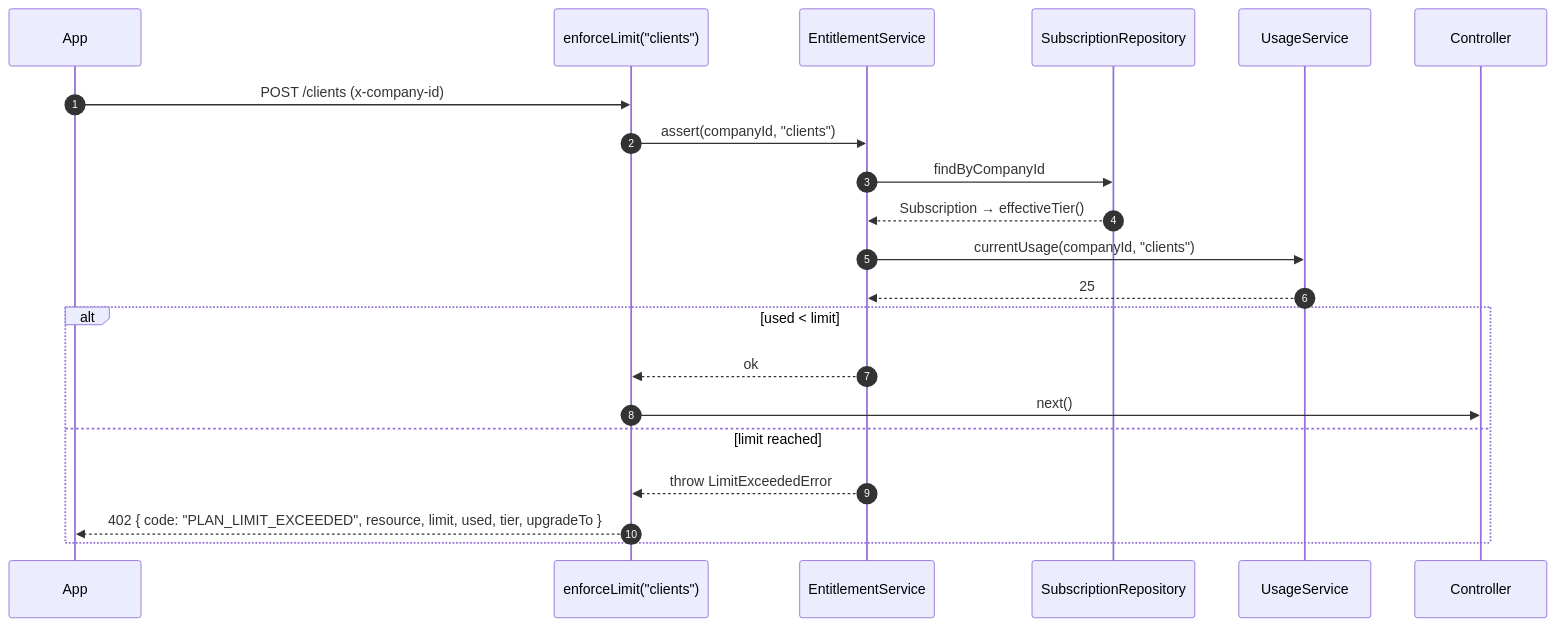
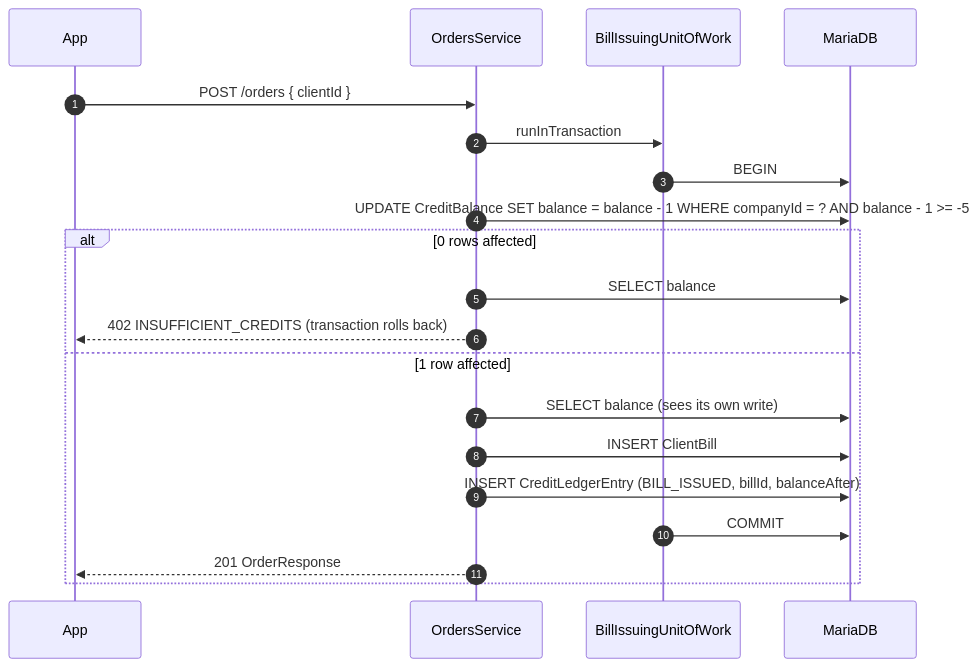
The first of 2 diagrams in docs/billing.md (Santaval/delivo-api), drawn with Mermaid before and after one commit. The commit also changed other lines of this file and 34 other files, not shown here.

First line of the commit message:
refactor(billing): remove subscription and plan-limit code, rewrite billing docs for credits

````diff
--- a/docs/billing.md
+++ b/docs/billing.md
@@ -46,24 +48,23 @@
 ```mermaid
 sequenceDiagram
     autonumber
     participant App
-    participant EL as enforceLimit("clients")
-    participant ES as EntitlementService
-    participant SR as SubscriptionRepository
-    participant US as UsageService
-    participant H as Controller
+    participant O as OrdersService
+    participant U as BillIssuingUnitOfWork
+    participant DB as MariaDB
 
-    App->>EL: POST /clients (x-company-id)
-    EL->>ES: assert(companyId, "clients")
-    ES->>SR: findByCompanyId
-    SR-->>ES: Subscription → effectiveTier()
-    ES->>US: currentUsage(companyId, "clients")
-    US-->>ES: 25
-    alt used < limit
-      ES-->>EL: ok
-      EL->>H: next()
-    else limit reached
-      ES-->>EL: throw LimitExceededError
-      EL-->>App: 402 { code: "PLAN_LIMIT_EXCEEDED", resource, limit, used, tier, upgradeTo }
+    App->>O: POST /orders { clientId }
+    O->>U: runInTransaction
+    U->>DB: BEGIN
+    O->>DB: UPDATE CreditBalance SET balance = balance - 1 WHERE companyId = ? AND balance - 1 >= -5
+    alt 0 rows affected
+      O->>DB: SELECT balance
+      O-->>App: 402 INSUFFICIENT_CREDITS (transaction rolls back)
+    else 1 row affected
+      O->>DB: SELECT balance (sees its own write)
+      O->>DB: INSERT ClientBill
+      O->>DB: INSERT CreditLedgerEntry (BILL_ISSUED, billId, balanceAfter)
+      U->>DB: COMMIT
+      O-->>App: 201 OrderResponse
     end
 ```
````
